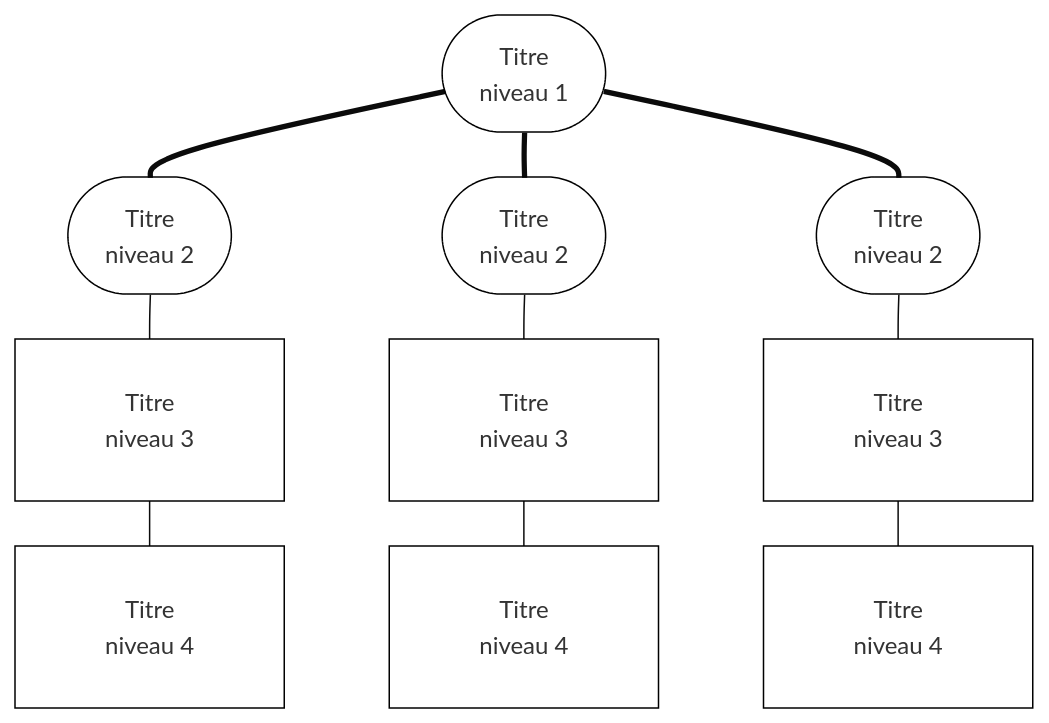
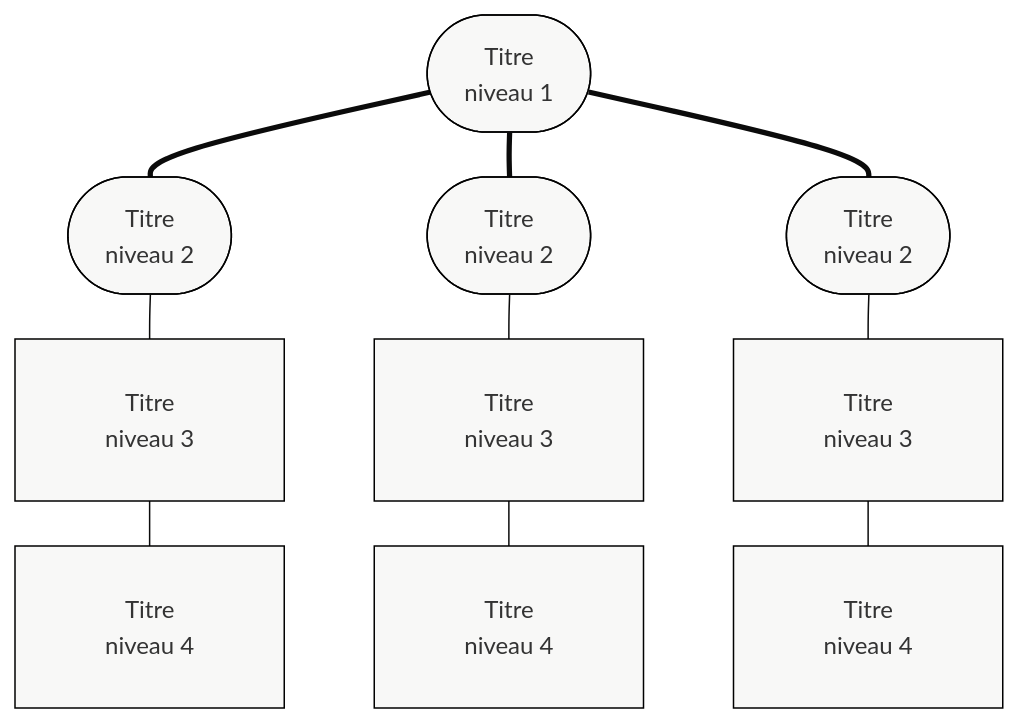
The diagram in template-TD.mmd (eyssette/mermaid-diagrams), drawn with Mermaid before and after one commit. The commit also changed 2 other files, not shown here.

```diff
--- a/template-TD.mmd
+++ b/template-TD.mmd
@@ -1,25 +1,25 @@
-%%{init{"theme":"base","themeCSS":"* {line-height:1.25em!important; font-size:20px; text-align:left!important;} g[id*=\"A\"] span {font-size:1.01em; color:white; display:block; text-align:center!important} g[id*=\"A\"] rect {fill:black}  g[id*=\"V\"] * {} g[id*=\"B\"] span {font-size:0.9em; color:white; display:block; text-align:center!important} g[id*=\"B\"] rect, g[id*=\"B\"] circle {fill:#6f0000; stroke:transparent} g[id*=\"C\"] span {font-size:0.75em; display:block;} g[id*=\"D\"] span, g[id*=\"E\"] span {font-size:0.7em; display:block;} g[id*=\"D\"] rect, g[id*=\"E\"] rect {stroke:transparent!important}.edge-thickness-normal{stroke-width:1px; stroke:#999;} .edge-thickness-thick{stroke-width:1px!important} .edge-pattern-dotted{stroke:transparent}","themeVariables":{"secondaryColor":"transparent","primaryColor":"transparent","primaryBorderColor":"black"},"flowchart":{"htmlLabels":true,"padding":30,"rankSpacing":30,"nodeSpacing":70}} }%%
+%%{init{"theme":"base","themeCSS":"* {line-height:1.25em!important; font-size:20px; text-align:left!important;} g[id*=\"A\"] span {font-size:1.01em; color:white; display:block; text-align:center!important} g[id*=\"A\"] rect {fill:black}  g[id*=\"V\"] * {} g[id*=\"B\"] span {font-size:0.9em; color:white; display:block; text-align:center!important} g[id*=\"B\"] rect {fill:#6f0000; stroke:transparent} g[id*=\"C\"] rect {fill:white; stroke:grey} g[id*=\"C\"] span {font-size:0.75em; display:block;} g[id*=\"D\"] span, g[id*=\"E\"] span {font-size:0.7em; display:block;} g[id*=\"D\"] rect, g[id*=\"E\"] rect {stroke:transparent!important}.edge-thickness-normal{stroke-width:1px; stroke:#999;} .edge-thickness-thick{stroke-width:1px!important;} .edge-pattern-dotted{stroke:transparent}","themeVariables":{"secondaryColor":"white","primaryColor":"hsl(60,9%,97%)","primaryBorderColor":"black"},"flowchart":{"htmlLabels":true,"padding":30,"rankSpacing":30,"nodeSpacing":60}} }%%
 flowchart TD
 A1(["Titre <br> niveau 1"])
 
 B1(["Titre <br>niveau 2"])
 B2(["Titre <br>niveau 2"])
 B3(["Titre <br>niveau 2"])
 
 C1["Titre <br>niveau 3"]
 C2["Titre <br>niveau 3"]
 C3["Titre <br>niveau 3"]
 
 D1["Titre <br>niveau 4"]
 D2["Titre <br>niveau 4"]
 D3["Titre <br>niveau 4"]
 
 A1 === B1 & B2 & B3
 
 B1 --- C1
 B2 --- C2
 B3 --- C3
 
 C1 --- D1
 C2 --- D2
 C3 --- D3
```
